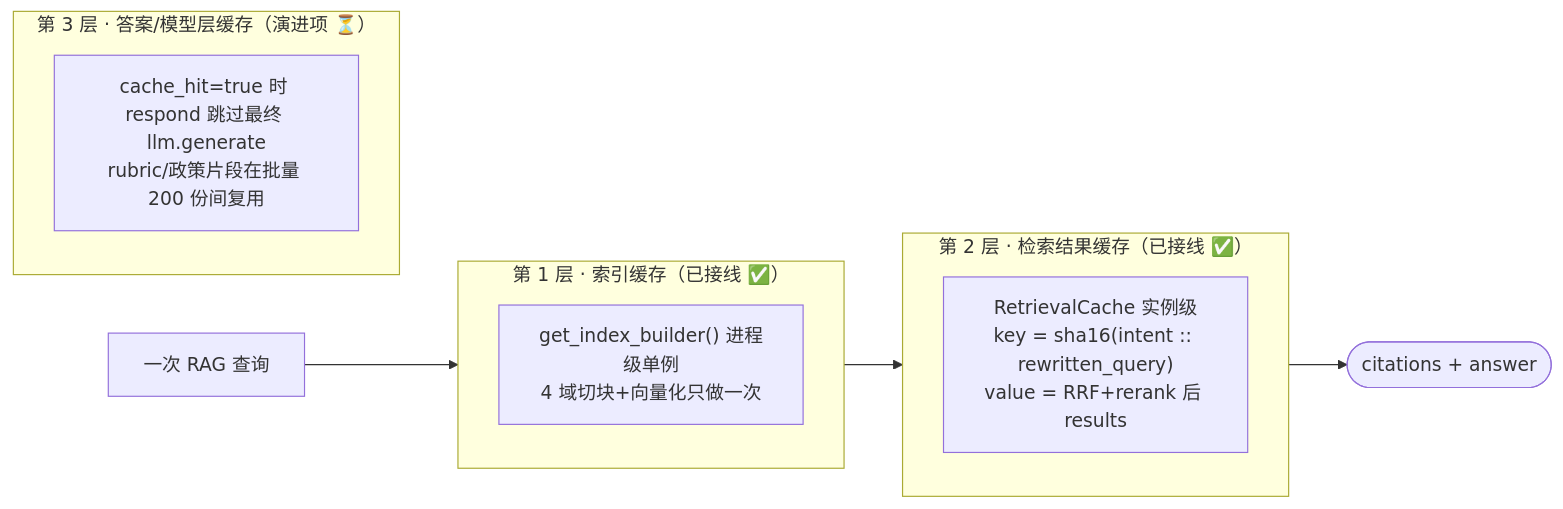
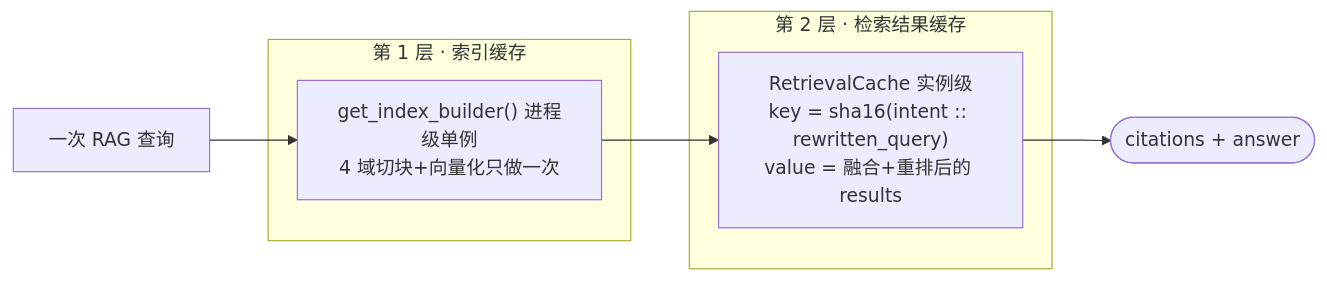
The second of 2 diagrams in docs/rag.md (erictrainnlpinxihu/Grader-agent), drawn with Mermaid before and after one commit. The commit also changed other lines of this file and 16 other files, not shown here.

````diff
--- a/docs/rag.md
+++ b/docs/rag.md
@@ -125,16 +134,10 @@
 ```mermaid
 flowchart LR
-    subgraph L1["第 1 层 · 索引缓存（已接线 ✅）"]
-      direction TB
+    subgraph L1["第 1 层 · 索引缓存"]
       IDX["get_index_builder() 进程级单例<br/>4 域切块+向量化只做一次"]
     end
-    subgraph L2["第 2 层 · 检索结果缓存（已接线 ✅）"]
-      direction TB
-      RC["RetrievalCache 实例级<br/>key = sha16(intent :: rewritten_query)<br/>value = RRF+rerank 后 results"]
-    end
-    subgraph L3["第 3 层 · 答案/模型层缓存（演进项 ⏳）"]
-      direction TB
-      AC["cache_hit=true 时 respond 跳过最终 llm.generate<br/>rubric/政策片段在批量 200 份间复用"]
+    subgraph L2["第 2 层 · 检索结果缓存"]
+      RC["RetrievalCache 实例级<br/>key = sha16(intent :: rewritten_query)<br/>value = 融合+重排后的 results"]
     end
     QUERY["一次 RAG 查询"] --> IDX --> RC --> ANS(["citations + answer"])
 ```
````
